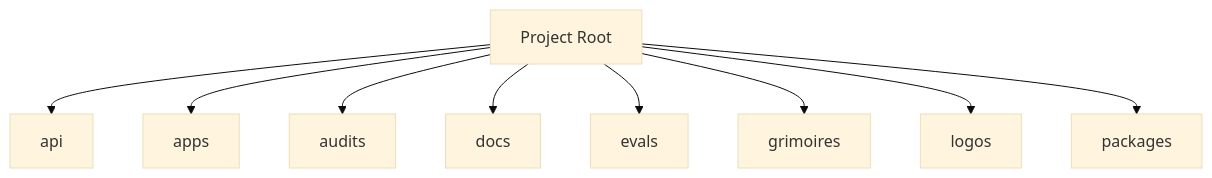
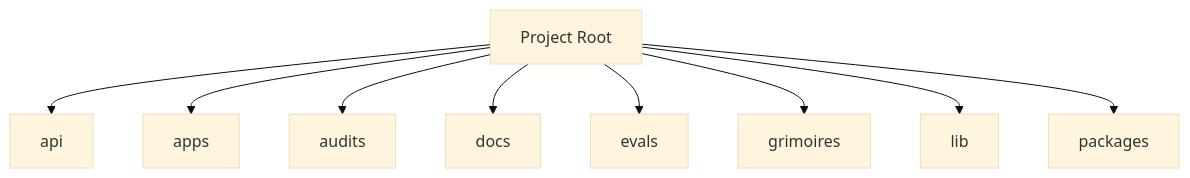
The diagram in BUTTERFREEZONE.md (0xHoneyJar/loa-constructs), drawn with Mermaid (base theme) before and after one commit. The commit also changed other lines of this file and 277 other files, not shown here.

````diff
--- a/BUTTERFREEZONE.md
+++ b/BUTTERFREEZONE.md
@@ -73,20 +59,20 @@
 ```mermaid
 graph TD
     api[api]
     apps[apps]
     audits[audits]
     docs[docs]
     evals[evals]
     grimoires[grimoires]
-    logos[logos]
+    lib[lib]
     packages[packages]
     Root[Project Root]
     Root --> api
     Root --> apps
     Root --> audits
     Root --> docs
     Root --> evals
     Root --> grimoires
-    Root --> logos
+    Root --> lib
     Root --> packages
 ```
````
